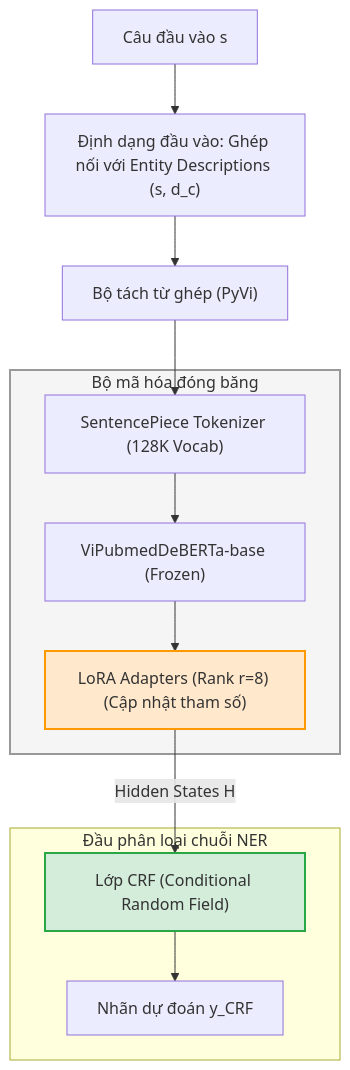
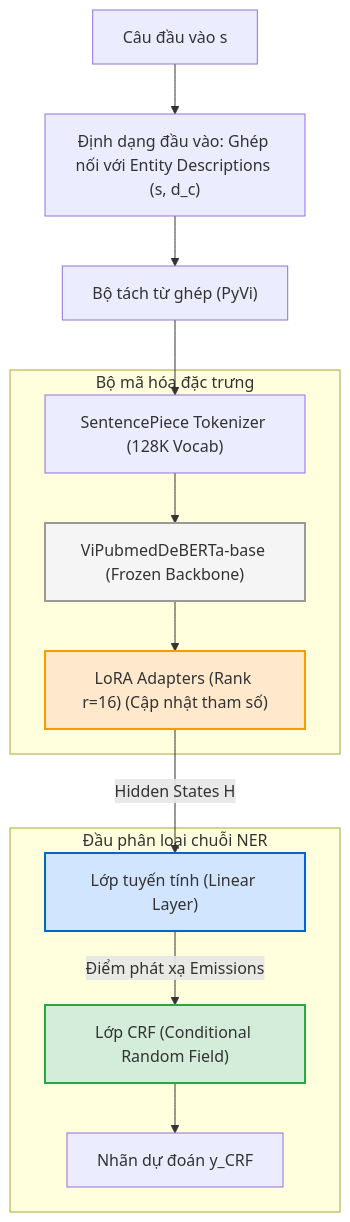
The diagram in proposal/03_model_architecture/kien_truc_mo_hinh.md (Uyen211/research_activelearning_vietbioner), drawn with Mermaid before and after one commit. The commit also changed other lines of this file and 230 other files, not shown here.

````diff
--- a/proposal/03_model_architecture/kien_truc_mo_hinh.md
+++ b/proposal/03_model_architecture/kien_truc_mo_hinh.md
@@ -11,20 +11,22 @@
 ```mermaid
 graph TD
     Input["Câu đầu vào s"] --> EntityDesc["Định dạng đầu vào: Ghép nối với Entity Descriptions (s, d_c)"]
     EntityDesc --> WordSeg["Bộ tách từ ghép (PyVi)"]
     WordSeg --> Tokenizer["SentencePiece Tokenizer (128K Vocab)"]
     
-    subgraph Frozen_Backbone [Bộ mã hóa đóng băng]
-        Tokenizer --> Encoder["ViPubmedDeBERTa-base (Frozen)"]
-        Encoder --> LoRA["LoRA Adapters (Rank r=8) (Cập nhật tham số)"]
+    subgraph Backbone [Bộ mã hóa đặc trưng]
+        Tokenizer --> Encoder["ViPubmedDeBERTa-base (Frozen Backbone)"]
+        Encoder --> LoRA["LoRA Adapters (Rank r=16) (Cập nhật tham số)"]
     end
     
     subgraph Model_Head [Đầu phân loại chuỗi NER]
-        LoRA --> |"Hidden States H"| CRF["Lớp CRF (Conditional Random Field)"]
+        LoRA --> |"Hidden States H"| Linear["Lớp tuyến tính (Linear Layer)"]
+        Linear --> |"Điểm phát xạ Emissions"| CRF["Lớp CRF (Conditional Random Field)"]
         CRF --> Output_NER["Nhãn dự đoán y_CRF"]
     end
     
-    style Frozen_Backbone fill:#f5f5f5,stroke:#999,stroke-width:2px
+    style Encoder fill:#f5f5f5,stroke:#999,stroke-width:2px
     style LoRA fill:#ffe8cc,stroke:#ff9900,stroke-width:2px
+    style Linear fill:#d2e5ff,stroke:#0066cc,stroke-width:2px
     style CRF fill:#d4edda,stroke:#28a745,stroke-width:2px
 ```
````
